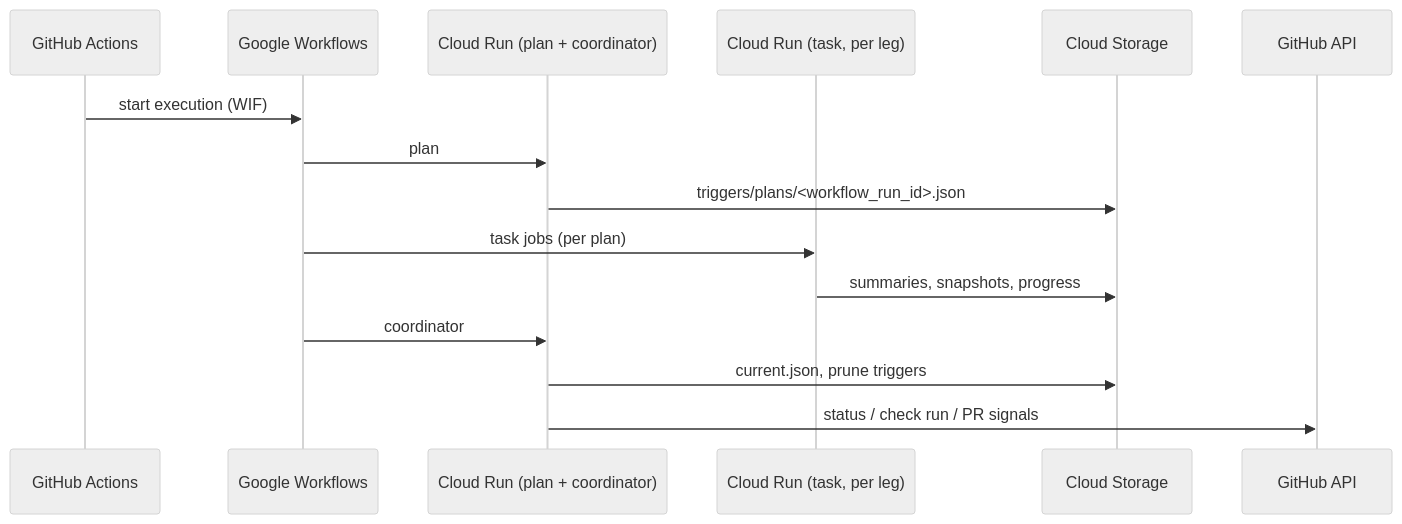
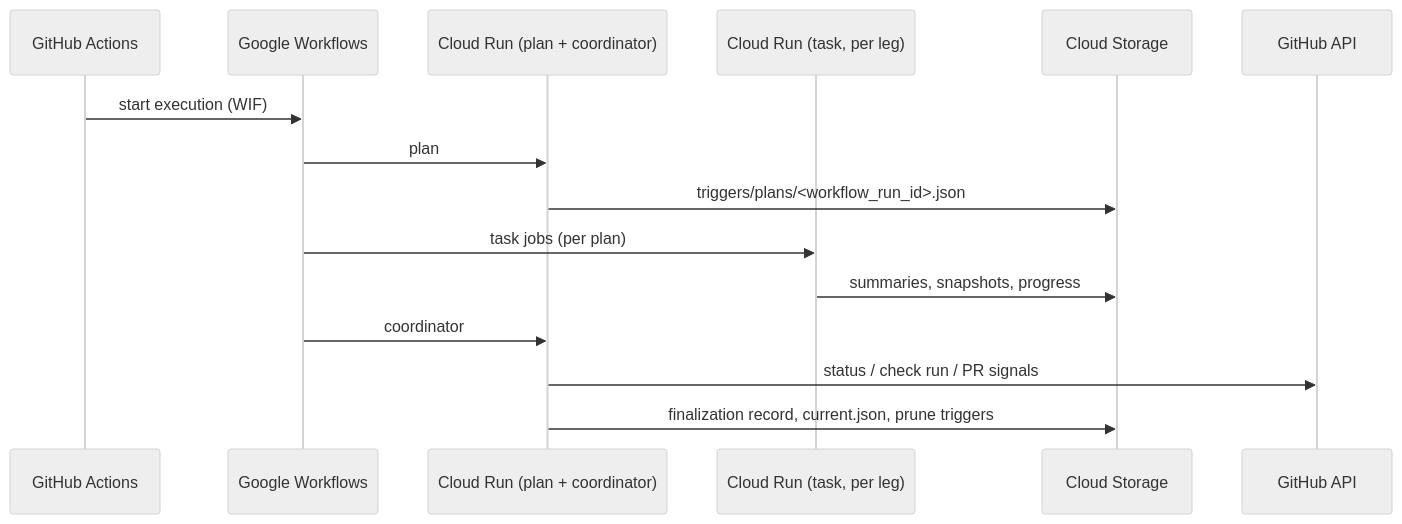
Before and after one commit to klugman-yanai/bmt-gate-sandbox: the first of 2 diagrams in docs/architecture.md, drawn with Mermaid (neutral theme). The commit also changed other lines of this file and 72 other files, not shown here.

````diff
--- a/docs/architecture.md
+++ b/docs/architecture.md
@@ -24,18 +28,18 @@
 ```mermaid
 sequenceDiagram
     participant GH as GitHub Actions
     participant WF as Google Workflows
     participant CTRL as Cloud Run (plan + coordinator)
     participant TASK as Cloud Run (task, per leg)
     participant GCS as Cloud Storage
     participant API as GitHub API
 
     GH->>WF: start execution (WIF)
     WF->>CTRL: plan
     CTRL->>GCS: triggers/plans/<workflow_run_id>.json
     WF->>TASK: task jobs (per plan)
     TASK->>GCS: summaries, snapshots, progress
     WF->>CTRL: coordinator
-    CTRL->>GCS: current.json, prune triggers
     CTRL->>API: status / check run / PR signals
+    CTRL->>GCS: finalization record, current.json, prune triggers
 ```
````
